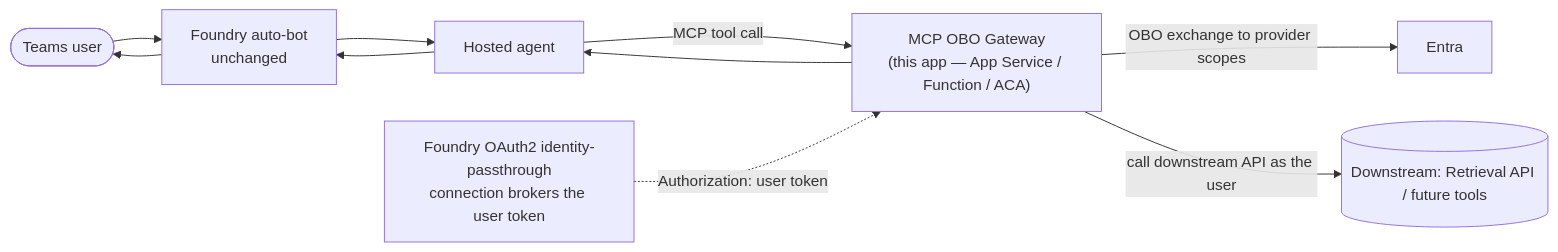
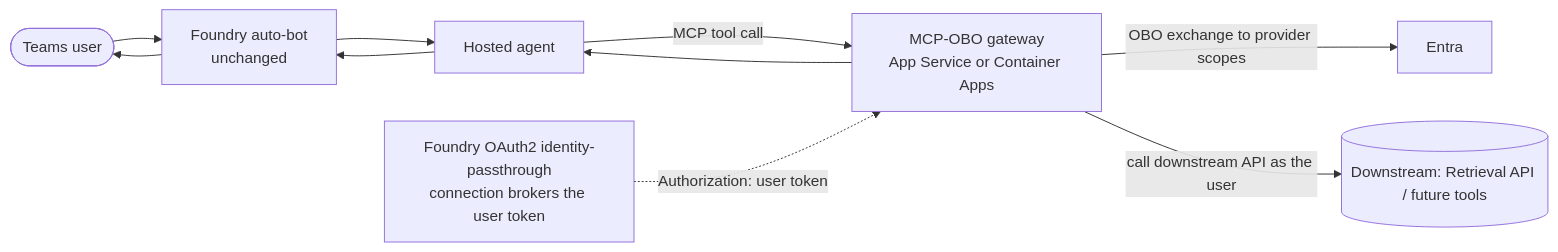
Before and after one commit to Heenanl/Foundry_EnterpriseAgents: the diagram in foundryagents/hostedagent/sharepoint-copilot-retrieval/pathA/obo-gateway/README.md, drawn with Mermaid. The commit also changed other lines of this file and 15 other files, not shown here.

````diff
--- a/foundryagents/hostedagent/sharepoint-copilot-retrieval/pathA/obo-gateway/README.md
+++ b/foundryagents/hostedagent/sharepoint-copilot-retrieval/pathA/obo-gateway/README.md
@@ -23,9 +11,9 @@
 ```mermaid
 flowchart LR
     U([Teams user]) --> BOT[Foundry auto-bot<br/>unchanged] --> AG[Hosted agent]
-    AG -->|MCP tool call| GW["MCP OBO Gateway<br/>(this app — App Service / Function / ACA)"]
+    AG -->|MCP tool call| GW["MCP-OBO gateway<br/>App Service or Container Apps"]
     F[Foundry OAuth2 identity-passthrough<br/>connection brokers the user token] -.->|Authorization: user token| GW
     GW -->|OBO exchange to provider scopes| E[Entra]
     GW -->|call downstream API as the user| D[(Downstream: Retrieval API / future tools)]
     GW --> AG --> BOT --> U
 ```
````
